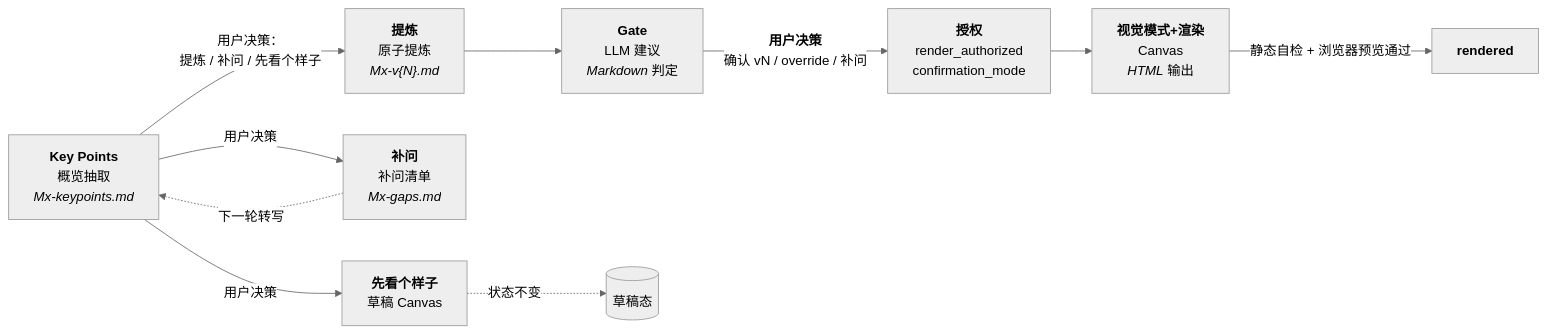
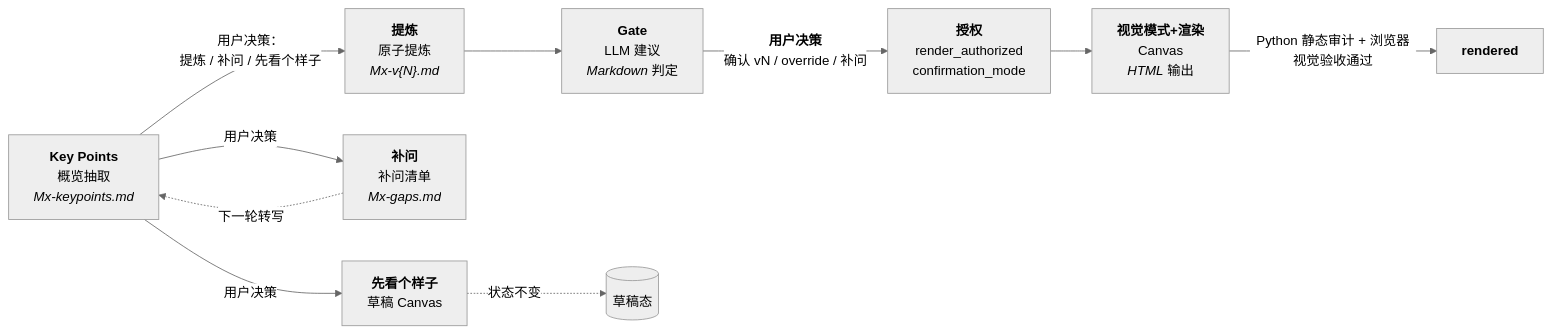
The diagram in agents/pratyaya.md (wanghongbj321-code/pratyaya), drawn with Mermaid (neutral theme) before and after one commit. The commit also changed other lines of this file and 7 other files, not shown here.

First line of the commit message:
feat(canvas-render): 引入 Python 静态审计 + 精简浏览器视觉验收两阶段渲染校验

````diff
--- a/agents/pratyaya.md
+++ b/agents/pratyaya.md
@@ -75,13 +77,13 @@
 ```mermaid
 flowchart LR
     A["<b>Key Points</b><br/>概览抽取<br/><i>Mx-keypoints.md</i>"]
     A -->|用户决策：<br/>提炼 / 补问 / 先看个样子| B1["<b>提炼</b><br/>原子提炼<br/><i>Mx-v{N}.md</i>"]
     A -->|用户决策| B2["<b>补问</b><br/>补问清单<br/><i>Mx-gaps.md</i>"]
     A -->|用户决策| B3["<b>先看个样子</b><br/>草稿 Canvas"]
     B1 --> C["<b>Gate</b><br/>LLM 建议<br/><i>Markdown</i> 判定"]
     B2 -.->|下一轮转写| A
     B3 -.->|状态不变| Draft[("草稿态")]
     C -->|<b>用户决策</b><br/>确认 vN / override / 补问| D1["<b>授权</b><br/>render_authorized<br/>confirmation_mode"]
     D1 --> D2["<b>视觉模式+渲染</b><br/>Canvas<br/><i>HTML</i> 输出"]
-    D2 -->|静态自检 + 浏览器预览通过| E["<b>rendered</b>"]
+    D2 -->|Python 静态审计 + 浏览器视觉验收通过| E["<b>rendered</b>"]
 ```
````
